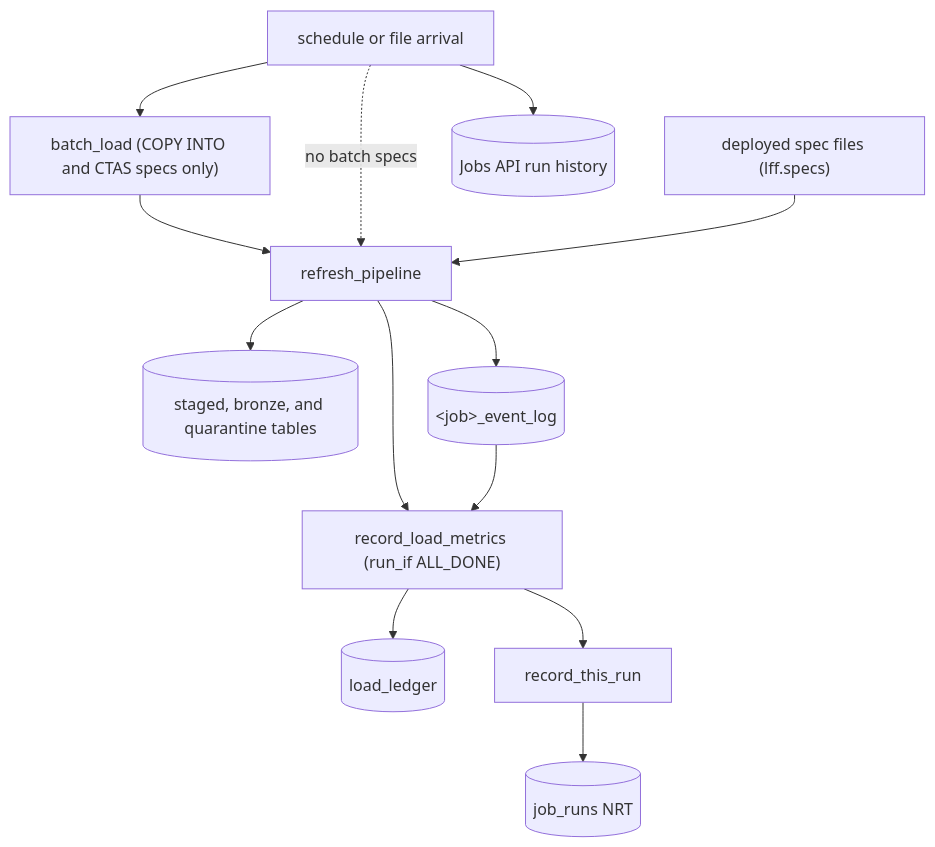
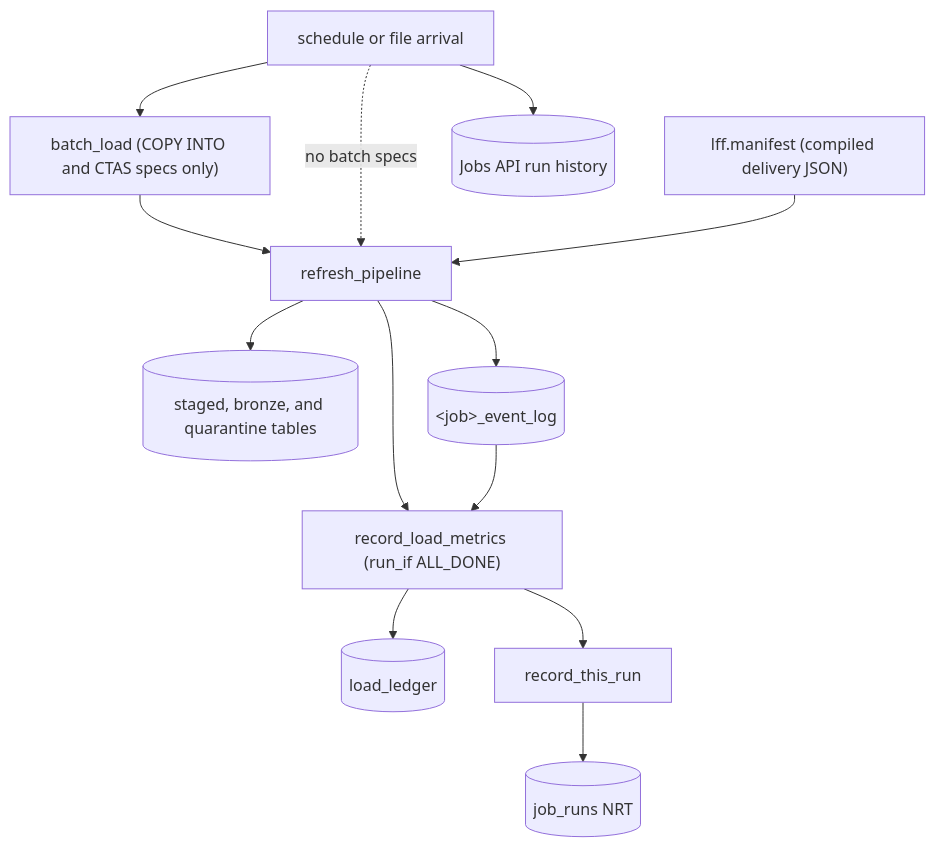
The second of 9 diagrams in framework_docs/ARCHITECTURE.md (NitinKeshavB/framework), drawn with Mermaid before and after one commit. The commit also changed other lines of this file and 66 other files, not shown here.

````diff
--- a/framework_docs/ARCHITECTURE.md
+++ b/framework_docs/ARCHITECTURE.md
@@ -67,15 +72,15 @@
 ```mermaid
 flowchart TD
   trigger[schedule or file arrival] --> batchLoad["batch_load (COPY INTO and CTAS specs only)"]
   batchLoad --> refresh[refresh_pipeline]
   trigger -. no batch specs .-> refresh
-  specs["deployed spec files (lff.specs)"] --> refresh
+  specs["lff.manifest (compiled delivery JSON)"] --> refresh
   refresh --> tables[(staged, bronze, and quarantine tables)]
   refresh --> eventLog[("&lt;job&gt;_event_log")]
   refresh --> recordMetrics["record_load_metrics (run_if ALL_DONE)"]
   eventLog --> recordMetrics
   recordMetrics --> ledger[(load_ledger)]
   recordMetrics --> recordThisRun[record_this_run]
   recordThisRun --> jobRuns[(job_runs NRT)]
   trigger --> jobsApi[(Jobs API run history)]
 ```
````
